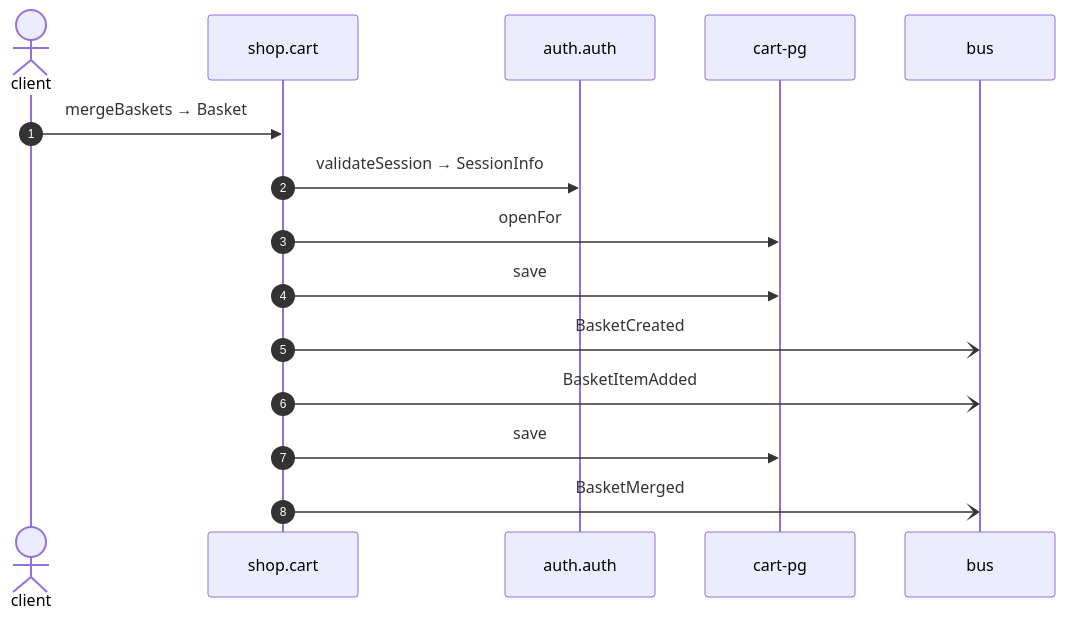
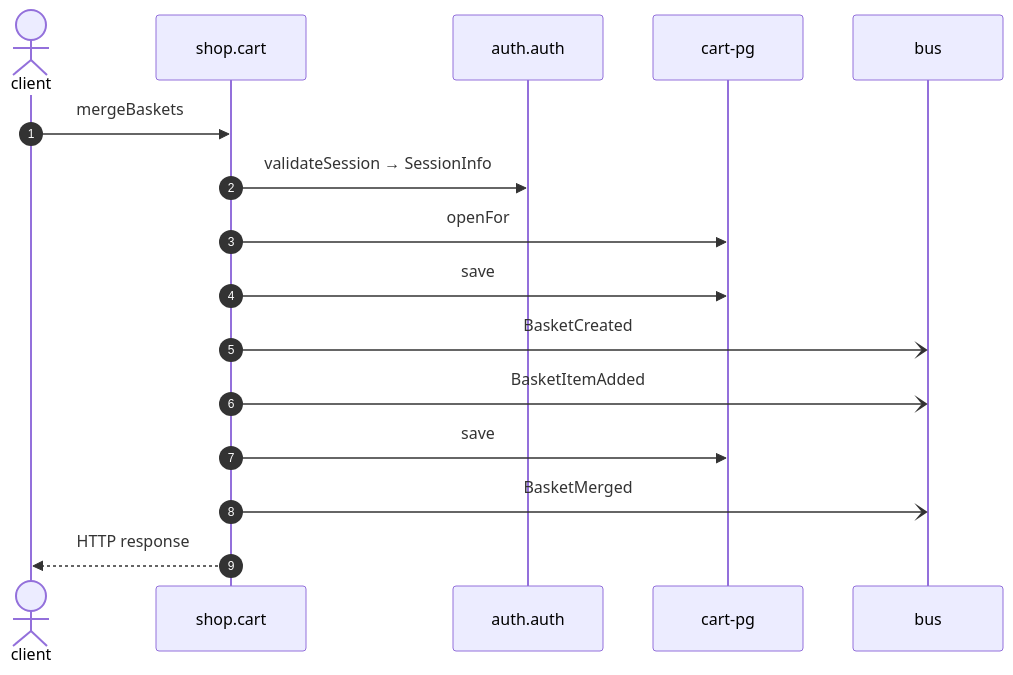
One commit to shortlink-org/portolan changed the diagram in docs/example/flows/cart-merge-baskets.md. Above: the diagram before and after it, drawn with Mermaid. The commit also changed other lines of this file and 191 other files, not shown here.

````diff
--- a/docs/example/flows/cart-merge-baskets.md
+++ b/docs/example/flows/cart-merge-baskets.md
@@ -21,17 +25,18 @@
 ```mermaid
 sequenceDiagram
     autonumber
     actor p0 as client
     participant p1 as shop.cart
     participant p2 as auth.auth
     participant p3 as cart-pg
     participant p4 as bus
-    p0->>p1: mergeBaskets → Basket
+    p0->>p1: mergeBaskets
     p1->>p2: validateSession → SessionInfo
     p1->>p3: openFor
     p1->>p3: save
     p1-)p4: BasketCreated
     p1-)p4: BasketItemAdded
     p1->>p3: save
     p1-)p4: BasketMerged
+    p1-->>p0: HTTP response
 ```
````
